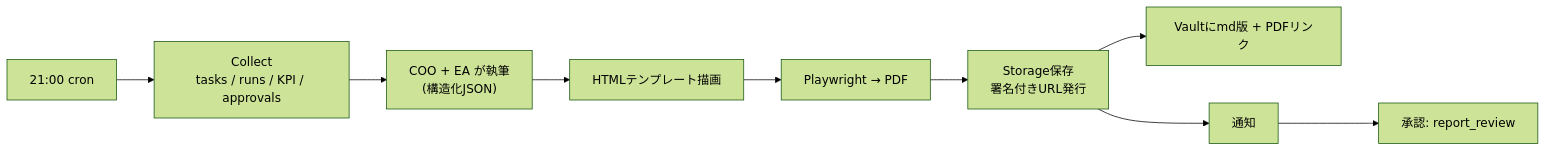
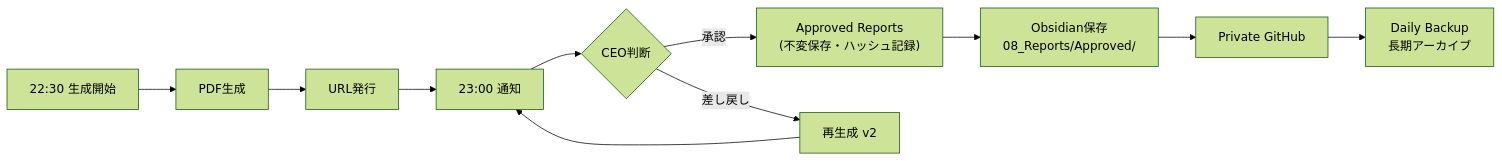
One commit to Re-Palette/ARQO-Company changed the fourth of 6 diagrams in docs/design/01-architecture.md. Above: the diagram before and after it, drawn with Mermaid (forest theme). The commit also changed other lines of this file and 32 other files, not shown here.

````diff
--- a/docs/design/01-architecture.md
+++ b/docs/design/01-architecture.md
@@ -185,11 +206,10 @@
 ```mermaid
 flowchart LR
-    S["21:00 cron"] --> C["Collect<br/>tasks / runs / KPI / approvals"]
-    C --> W["COO + EA が執筆<br/>(構造化JSON)"]
-    W --> R["HTMLテンプレート描画"]
-    R --> P["Playwright → PDF"]
-    P --> U["Storage保存<br/>署名付きURL発行"]
-    U --> V["Vaultにmd版 + PDFリンク"]
-    U --> N["通知"]
-    N --> A["承認: report_review"]
+    S["22:30 生成開始"] --> P["PDF生成"] --> U["URL発行"] --> N["23:00 通知"]
+    N --> A{"CEO判断"}
+    A -->|承認| AR["Approved Reports<br/>(不変保存・ハッシュ記録)"]
+    AR --> OB["Obsidian保存<br/>08_Reports/Approved/"]
+    OB --> GH["Private GitHub"]
+    GH --> LT["Daily Backup<br/>長期アーカイブ"]
+    A -->|差し戻し| R["再生成 v2"] --> N
 ```
````
